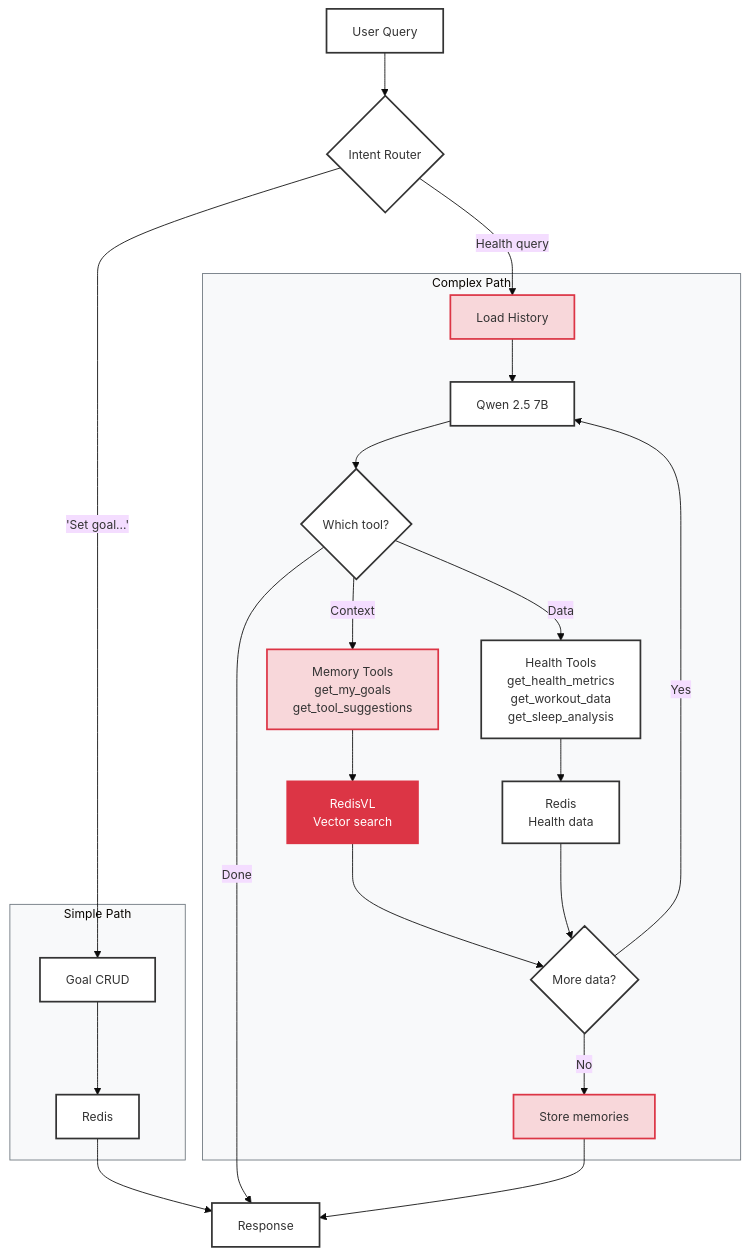
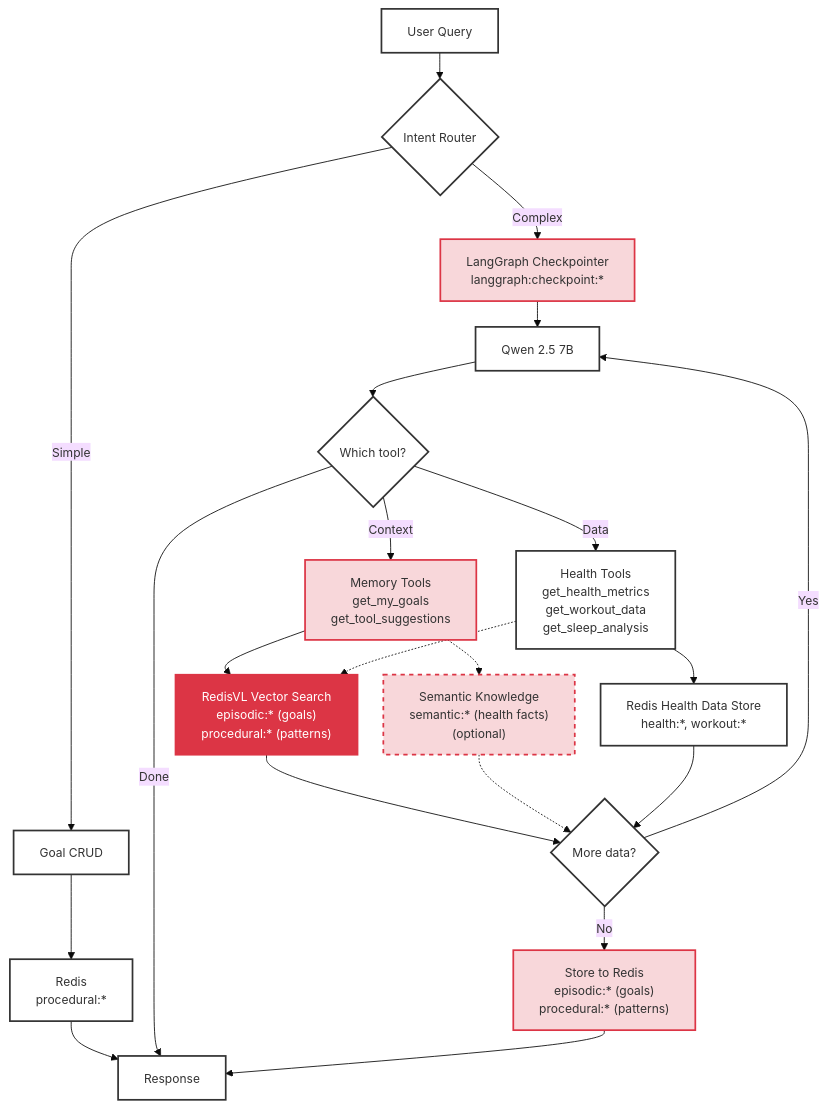
One commit to AllieRays/redis-wellness changed the second of 2 diagrams in docs/STATEFUL_AGENT.md. Above: the diagram before and after it, drawn with Mermaid. The commit also changed other lines of this file, not shown here.

Commit message:
Add semantic knowledge base to diagram and fix heart rate examples to 72 bpm

````diff
--- a/docs/STATEFUL_AGENT.md
+++ b/docs/STATEFUL_AGENT.md
@@ -88,55 +88,54 @@
 ```mermaid
-%%{init: {'theme':'base', 'themeVariables': { 'fontSize':'14px'}}}%%
+%%{init: {'theme':'base', 'themeVariables': { 'fontSize':'14px'}, 'flowchart': {'nodeSpacing': 30, 'rankSpacing': 30}}}%%
 flowchart TB
     Query["User Query"]
     Router{"Intent Router"}
-    subgraph Simple["Simple Path"]
-        GoalOp["Goal CRUD"]
-        Redis1["Redis"]
-    end
-    subgraph Complex["Complex Path"]
-        Memory["Load History"]
-        LLM["Qwen 2.5 7B"]
-        Decision{"Which tool?"}
-        MT["Memory Tools<br/>get_my_goals<br/>get_tool_suggestions"]
-        HT["Health Tools<br/>get_health_metrics<br/>get_workout_data<br/>get_sleep_analysis"]
-        VectorDB["RedisVL<br/>Vector search"]
-        HealthDB["Redis<br/>Health data"]
-        Loop{"More data?"}
-        Store["Store memories"]
-    end
+    GoalOp["Goal CRUD"]
+    GoalRedis["Redis<br/>procedural:*"]
+    Memory["LangGraph Checkpointer<br/>langgraph:checkpoint:*"]
+    LLM["Qwen 2.5 7B"]
+    Decision{"Which tool?"}
+    MT["Memory Tools<br/>get_my_goals<br/>get_tool_suggestions"]
+    HT["Health Tools<br/>get_health_metrics<br/>get_workout_data<br/>get_sleep_analysis"]
+    VectorDB["RedisVL Vector Search<br/>episodic:* (goals)<br/>procedural:* (patterns)"]
+    SemanticDB["Semantic Knowledge<br/>semantic:* (health facts)<br/>(optional)"]
+    HealthDB["Redis Health Data Store<br/>health:*, workout:*"]
+    Loop{"More data?"}
+    Store["Store to Redis<br/>episodic:* (goals)<br/>procedural:* (patterns)"]
     Response["Response"]
     Query --> Router
-    Router -->|"'Set goal...'"| GoalOp
-    Router -->|"Health query"| Memory
-    GoalOp --> Redis1
-    Redis1 --> Response
+    Router -->|Simple| GoalOp
+    Router -->|Complex| Memory
+    GoalOp --> GoalRedis
+    GoalRedis --> Response
     Memory --> LLM
     LLM --> Decision
     Decision -->|Context| MT
     Decision -->|Data| HT
     Decision -->|Done| Response
     MT --> VectorDB
+    MT -.-> SemanticDB
     HT --> HealthDB
+    HT -.-> VectorDB
     VectorDB --> Loop
+    SemanticDB -.-> Loop
     HealthDB --> Loop
     Loop -->|Yes| LLM
     Loop -->|No| Store
     Store --> Response
     style Query fill:#fff,stroke:#333,stroke-width:2px
     style Router fill:#fff,stroke:#333,stroke-width:2px
     style GoalOp fill:#fff,stroke:#333,stroke-width:2px
-    style Redis1 fill:#fff,stroke:#333,stroke-width:2px
+    style GoalRedis fill:#fff,stroke:#333,stroke-width:2px
     style Memory fill:#f8d7da,stroke:#dc3545,stroke-width:2px
     style LLM fill:#fff,stroke:#333,stroke-width:2px
     style Decision fill:#fff,stroke:#333,stroke-width:2px
     style MT fill:#f8d7da,stroke:#dc3545,stroke-width:2px
     style HT fill:#fff,stroke:#333,stroke-width:2px
     style VectorDB fill:#dc3545,stroke:#dc3545,stroke-width:2px,color:#fff
+    style SemanticDB fill:#f8d7da,stroke:#dc3545,stroke-width:2px,stroke-dasharray: 5 5
     style HealthDB fill:#fff,stroke:#333,stroke-width:2px
     style Loop fill:#fff,stroke:#333,stroke-width:2px
     style Store fill:#f8d7da,stroke:#dc3545,stroke-width:2px
     style Response fill:#fff,stroke:#333,stroke-width:2px
-    style Simple fill:#f8f9fa,stroke:#6c757d,stroke-width:1px
-    style Complex fill:#f8f9fa,stroke:#6c757d,stroke-width:1px
 ```
````
